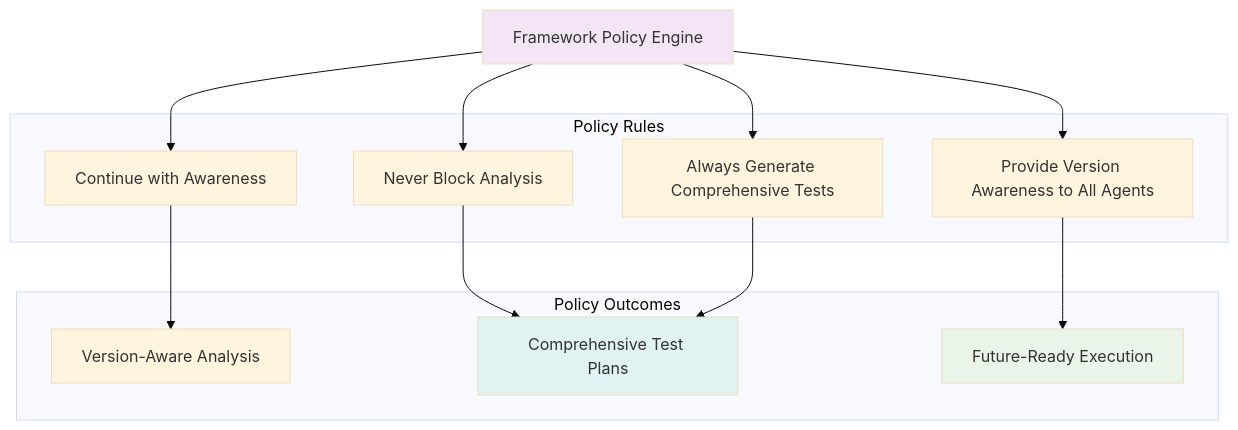
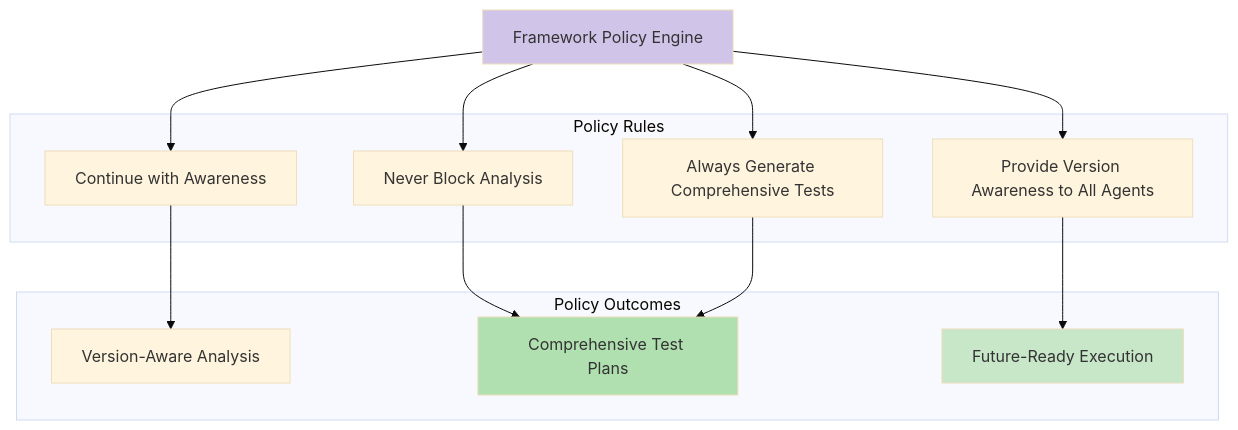
The fourth of 29 diagrams in apps/claude-test-generator/docs/framework-workflow-details.md (stolostron/ai-test-gen), drawn with Mermaid (base theme) before and after one commit. The commit also changed other lines of this file and 15 other files, not shown here.

First line of the commit message:
🛡️ CRITICAL SECURITY: Implement comprehensive AI security architecture

````diff
--- a/apps/claude-test-generator/docs/framework-workflow-details.md
+++ b/apps/claude-test-generator/docs/framework-workflow-details.md
@@ -153,31 +131,31 @@
 ```mermaid
 flowchart TD
     POLICY[Framework Policy Engine]
     
     subgraph "Policy Rules"
         CONTINUE[Continue with Awareness]
         NEVER_BLOCK[Never Block Analysis]
         ALWAYS_GENERATE[Always Generate Comprehensive Tests]
         PROVIDE_CONTEXT[Provide Version Awareness to All Agents]
     end
     
     subgraph "Policy Outcomes"
         AWARE[Version-Aware Analysis]
         COMPREHENSIVE[Comprehensive Test Plans]
         FUTURE_READY[Future-Ready Execution]
     end
     
     POLICY --> CONTINUE
     POLICY --> NEVER_BLOCK
     POLICY --> ALWAYS_GENERATE
     POLICY --> PROVIDE_CONTEXT
     
     CONTINUE --> AWARE
     NEVER_BLOCK --> COMPREHENSIVE
     ALWAYS_GENERATE --> COMPREHENSIVE
     PROVIDE_CONTEXT --> FUTURE_READY
     
-    style POLICY fill:#f3e5f5
-    style COMPREHENSIVE fill:#e0f2f1
-    style FUTURE_READY fill:#e8f5e8
+    style POLICY fill:#d1c4e9
+    style COMPREHENSIVE fill:#b0e0b0
+    style FUTURE_READY fill:#c8e6c8
 ```
````
